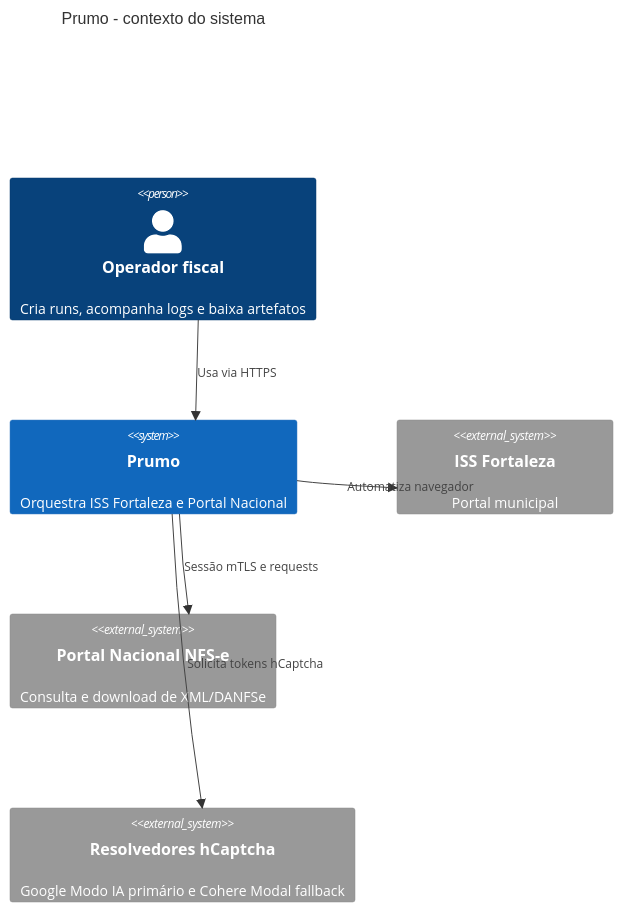
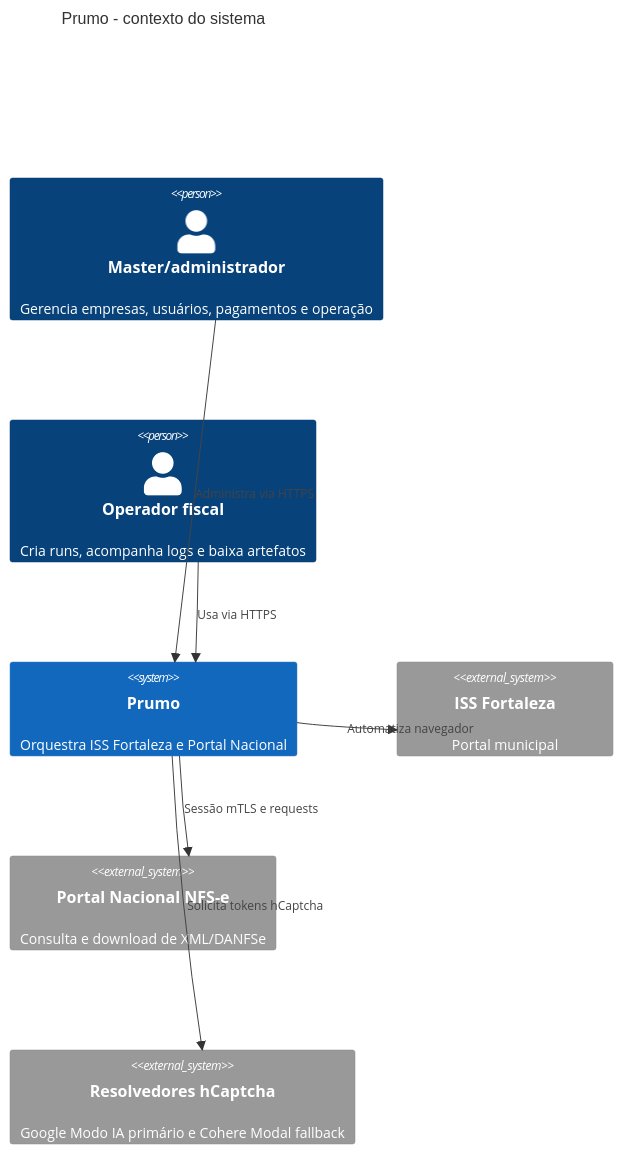
The first of 3 diagrams in docs/C4.md (prumosistemas/app), drawn with Mermaid before and after one commit. The commit also changed other lines of this file and 2 other files, not shown here.

Commit message:
Consolida C4 atual do Prumo

````diff
--- a/docs/C4.md
+++ b/docs/C4.md
@@ -5,13 +5,15 @@
 ```mermaid
 C4Context
   title Prumo - contexto do sistema
+  Person(master, "Master/administrador", "Gerencia empresas, usuários, pagamentos e operação")
   Person(operador, "Operador fiscal", "Cria runs, acompanha logs e baixa artefatos")
   System(prumo, "Prumo", "Orquestra ISS Fortaleza e Portal Nacional")
   System_Ext(iss, "ISS Fortaleza", "Portal municipal")
   System_Ext(nfse, "Portal Nacional NFS-e", "Consulta e download de XML/DANFSe")
   System_Ext(ai, "Resolvedores hCaptcha", "Google Modo IA primário e Cohere Modal fallback")
+  Rel(master, prumo, "Administra via HTTPS")
   Rel(operador, prumo, "Usa via HTTPS")
   Rel(prumo, iss, "Automatiza navegador")
   Rel(prumo, nfse, "Sessão mTLS e requests")
   Rel(prumo, ai, "Solicita tokens hCaptcha")
 ```
````
